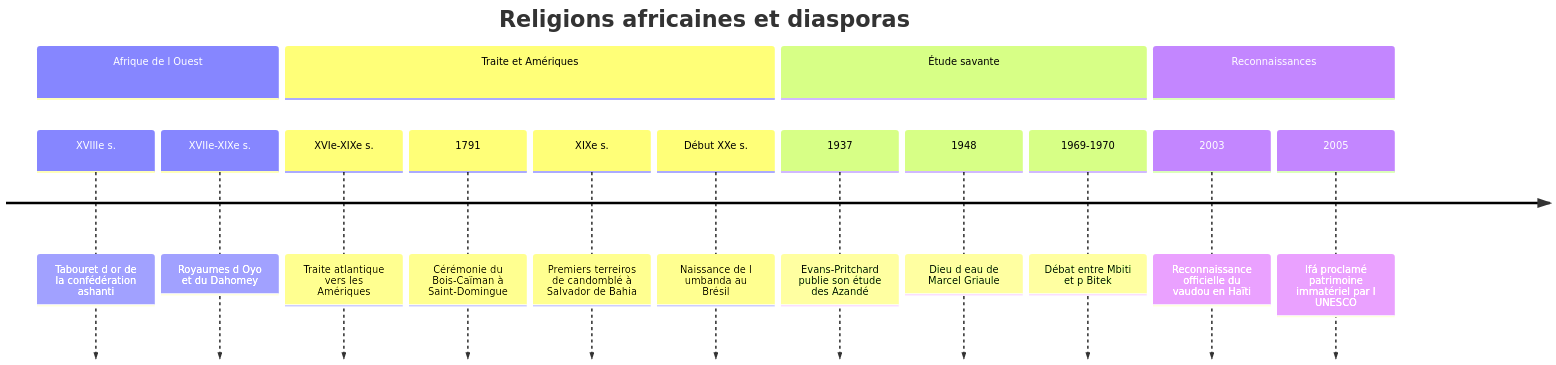
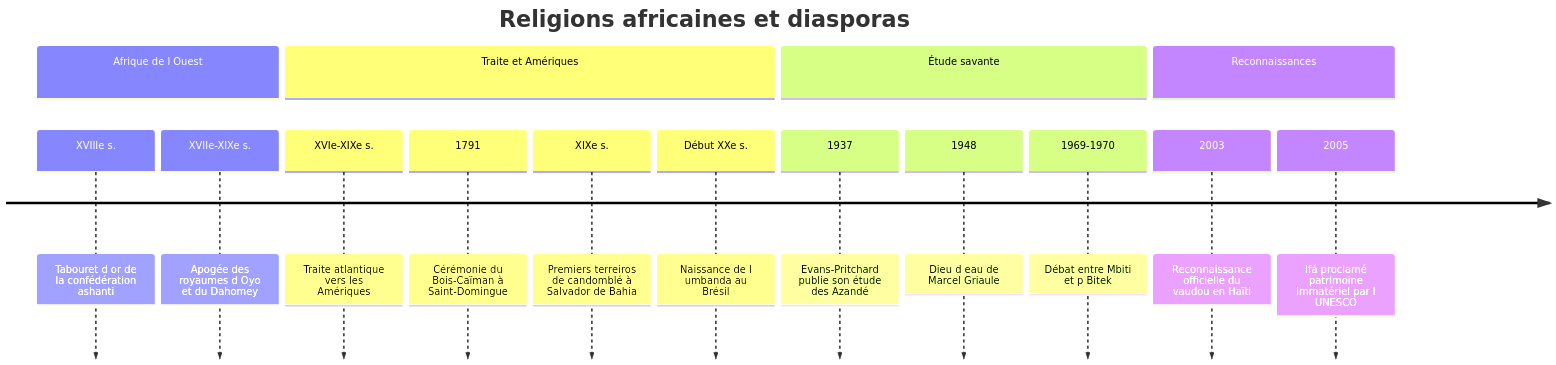
One commit to rwmicro/pensine changed the diagram in Social Sciences/Religion/Religions traditionnelles/Religions traditionnelles africaines.md. Above: the diagram before and after it, drawn with Mermaid. The commit also changed 23 other files, not shown here.

````diff
--- a/Social Sciences/Religion/Religions traditionnelles/Religions traditionnelles africaines.md
+++ b/Social Sciences/Religion/Religions traditionnelles/Religions traditionnelles africaines.md
@@ -100,19 +100,19 @@
 ```mermaid
 timeline
     title Religions africaines et diasporas
     section Afrique de l Ouest
         XVIIIe s. : Tabouret d or de la confédération ashanti
-        XVIIe-XIXe s. : Royaumes d Oyo et du Dahomey
+        XVIIe-XIXe s. : Apogée des royaumes d Oyo et du Dahomey
     section Traite et Amériques
         XVIe-XIXe s. : Traite atlantique vers les Amériques
         1791 : Cérémonie du Bois-Caïman à Saint-Domingue
         XIXe s. : Premiers terreiros de candomblé à Salvador de Bahia
         Début XXe s. : Naissance de l umbanda au Brésil
     section Étude savante
         1937 : Evans-Pritchard publie son étude des Azandé
         1948 : Dieu d eau de Marcel Griaule
         1969-1970 : Débat entre Mbiti et p Bitek
     section Reconnaissances
         2003 : Reconnaissance officielle du vaudou en Haïti
         2005 : Ifá proclamé patrimoine immatériel par l UNESCO
 ```
````
